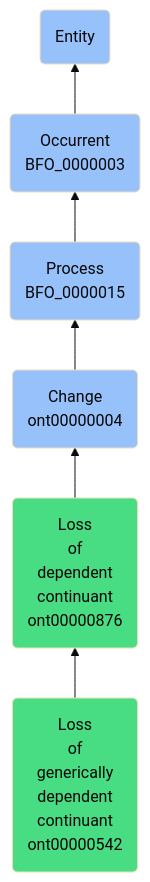
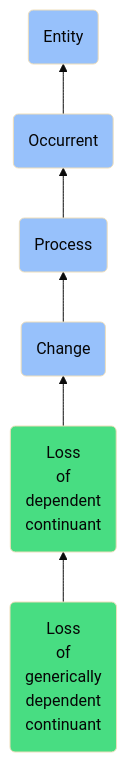
The diagram in docs/ontology/reference/model/Entity/Occurrent/Process/Change/Loss of dependent continuant/Loss of generically dependent continuant/Loss of generically dependent continuant.md (jupyter-naas/abi), drawn with Mermaid (base theme) before and after one commit. The commit also changed other lines of this file and 1430 other files, not shown here.

````diff
--- a/docs/ontology/reference/model/Entity/Occurrent/Process/Change/Loss of dependent continuant/Loss of generically dependent continuant/Loss of generically dependent continuant.md
+++ b/docs/ontology/reference/model/Entity/Occurrent/Process/Change/Loss of dependent continuant/Loss of generically dependent continuant/Loss of generically dependent continuant.md
@@ -24,13 +24,13 @@
 ```mermaid
 graph BT
-    ont00000542(Loss<br>of<br>generically<br>dependent<br>continuant<br>ont00000542):::ABI-->ont00000876
-    ont00000876(Loss<br>of<br>dependent<br>continuant<br>ont00000876):::ABI-->ont00000004
-    ont00000004(Change<br>ont00000004):::BFO-->BFO_0000015
-    BFO_0000015(Process<br>BFO_0000015):::BFO-->BFO_0000003
-    BFO_0000003(Occurrent<br>BFO_0000003):::BFO-->BFO_0000001
+    ont00000542(Loss<br>of<br>generically<br>dependent<br>continuant):::ABI-->ont00000876
+    ont00000876(Loss<br>of<br>dependent<br>continuant):::ABI-->ont00000004
+    ont00000004(Change):::BFO-->BFO_0000015
+    BFO_0000015(Process):::BFO-->BFO_0000003
+    BFO_0000003(Occurrent):::BFO-->BFO_0000001
     BFO_0000001(Entity):::BFO
     
     classDef BFO fill:#97c1fb,color:#060606
     classDef CCO fill:#e4c51e,color:#060606
     classDef ABI fill:#48DD82,color:#060606
 ```
````
